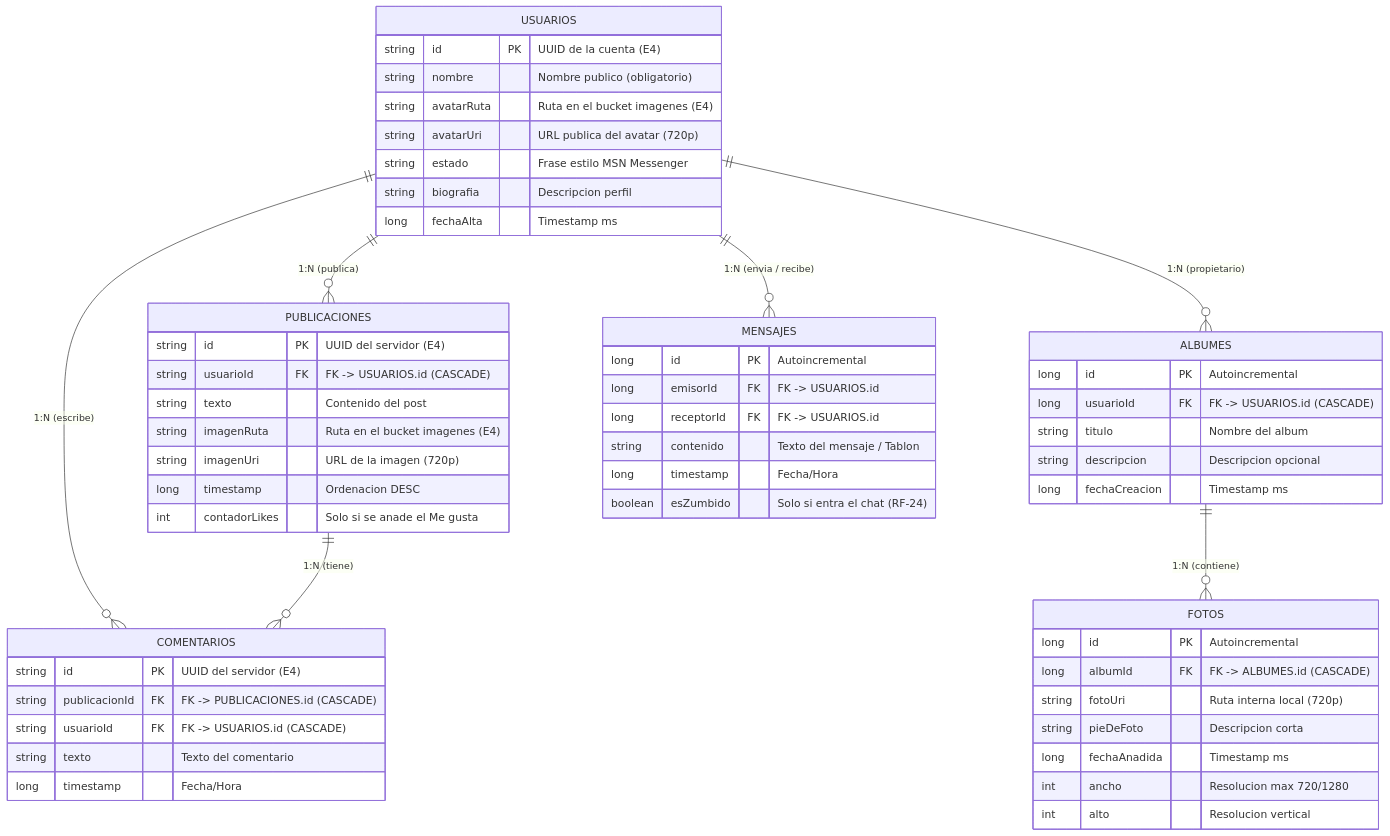
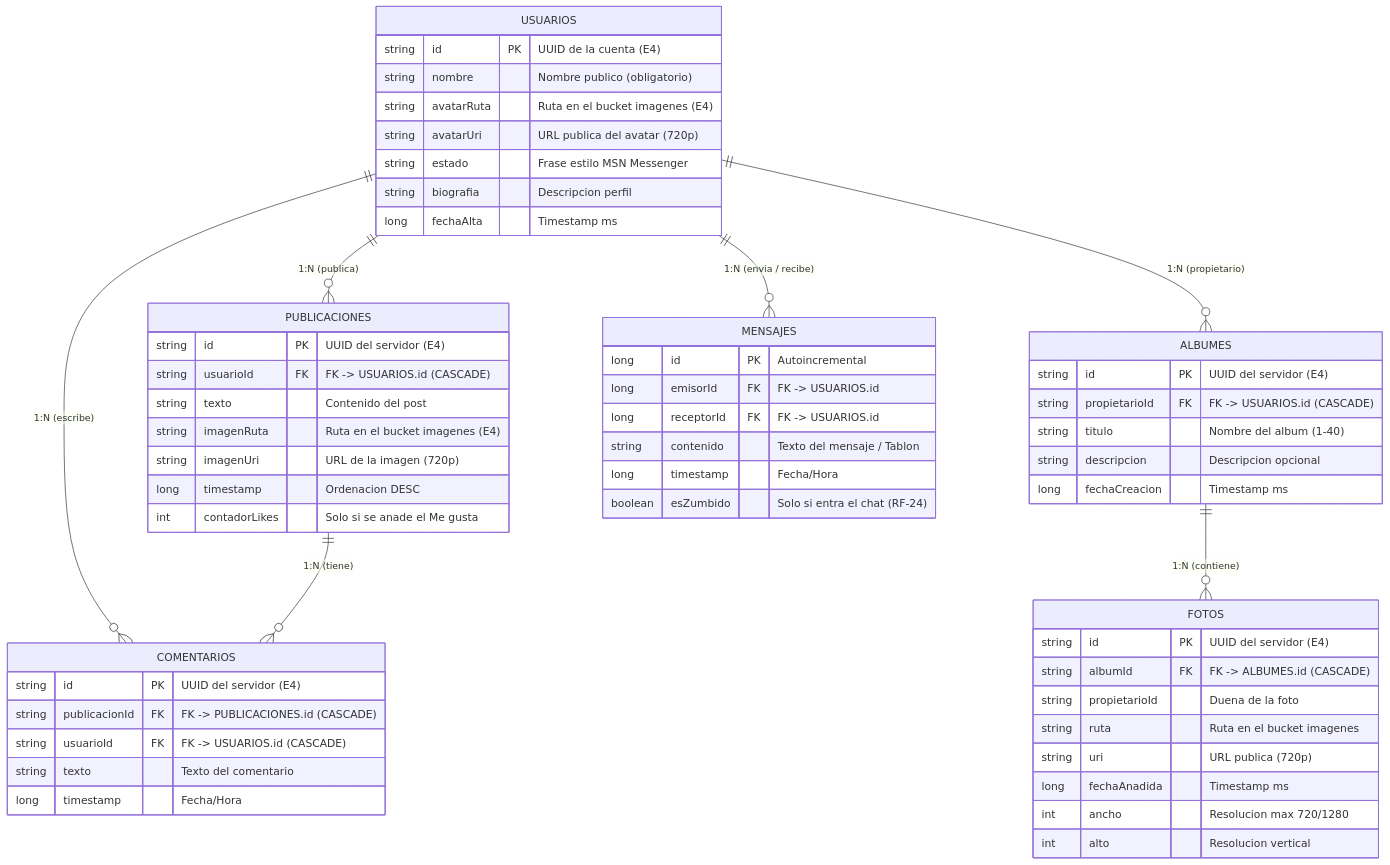
Before and after one commit to yeray06/Retroconver: the first of 2 diagrams in docs/datos/esquemadatos.md, drawn with Mermaid. The commit also changed other lines of this file and 11 other files, not shown here.

````diff
--- a/docs/datos/esquemadatos.md
+++ b/docs/datos/esquemadatos.md
@@ -16,64 +16,65 @@
 ```mermaid
 erDiagram
     USUARIOS ||--o{ PUBLICACIONES : "1:N (publica)"
     USUARIOS ||--o{ COMENTARIOS : "1:N (escribe)"
     USUARIOS ||--o{ ALBUMES : "1:N (propietario)"
     USUARIOS ||--o{ MENSAJES : "1:N (envia / recibe)"
     PUBLICACIONES ||--o{ COMENTARIOS : "1:N (tiene)"
     ALBUMES ||--o{ FOTOS : "1:N (contiene)"
 
     USUARIOS {
         string id PK "UUID de la cuenta (E4)"
         string nombre "Nombre publico (obligatorio)"
         string avatarRuta "Ruta en el bucket imagenes (E4)"
         string avatarUri "URL publica del avatar (720p)"
         string estado "Frase estilo MSN Messenger"
         string biografia "Descripcion perfil"
         long fechaAlta "Timestamp ms"
     }
 
     PUBLICACIONES {
         string id PK "UUID del servidor (E4)"
         string usuarioId FK "FK -> USUARIOS.id (CASCADE)"
         string texto "Contenido del post"
         string imagenRuta "Ruta en el bucket imagenes (E4)"
         string imagenUri "URL de la imagen (720p)"
         long timestamp "Ordenacion DESC"
         int contadorLikes "Solo si se anade el Me gusta"
     }
 
     COMENTARIOS {
         string id PK "UUID del servidor (E4)"
         string publicacionId FK "FK -> PUBLICACIONES.id (CASCADE)"
         string usuarioId FK "FK -> USUARIOS.id (CASCADE)"
         string texto "Texto del comentario"
         long timestamp "Fecha/Hora"
     }
 
     ALBUMES {
-        long id PK "Autoincremental"
-        long usuarioId FK "FK -> USUARIOS.id (CASCADE)"
-        string titulo "Nombre del album"
+        string id PK "UUID del servidor (E4)"
+        string propietarioId FK "FK -> USUARIOS.id (CASCADE)"
+        string titulo "Nombre del album (1-40)"
         string descripcion "Descripcion opcional"
         long fechaCreacion "Timestamp ms"
     }
 
     FOTOS {
-        long id PK "Autoincremental"
-        long albumId FK "FK -> ALBUMES.id (CASCADE)"
-        string fotoUri "Ruta interna local (720p)"
-        string pieDeFoto "Descripcion corta"
+        string id PK "UUID del servidor (E4)"
+        string albumId FK "FK -> ALBUMES.id (CASCADE)"
+        string propietarioId "Duena de la foto"
+        string ruta "Ruta en el bucket imagenes"
+        string uri "URL publica (720p)"
         long fechaAnadida "Timestamp ms"
         int ancho "Resolucion max 720/1280"
         int alto "Resolucion vertical"
     }
 
     MENSAJES {
         long id PK "Autoincremental"
         long emisorId FK "FK -> USUARIOS.id"
         long receptorId FK "FK -> USUARIOS.id"
         string contenido "Texto del mensaje / Tablon"
         long timestamp "Fecha/Hora"
         boolean esZumbido "Solo si entra el chat (RF-24)"
     }
 ```
````
